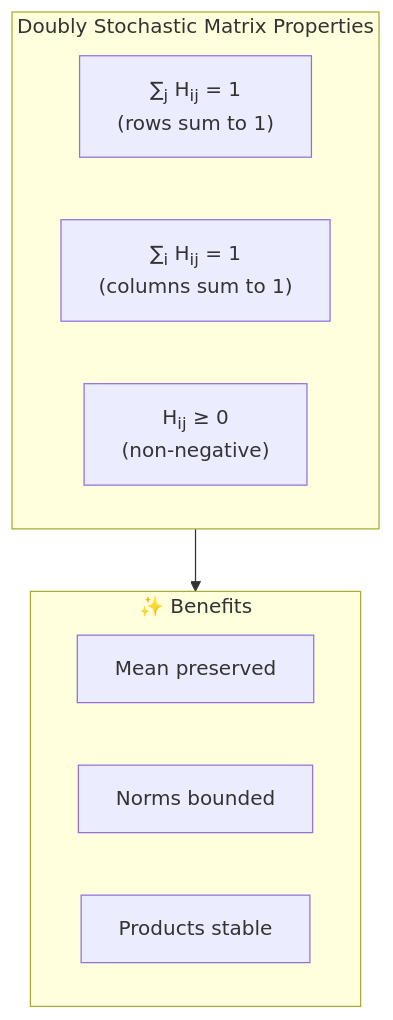
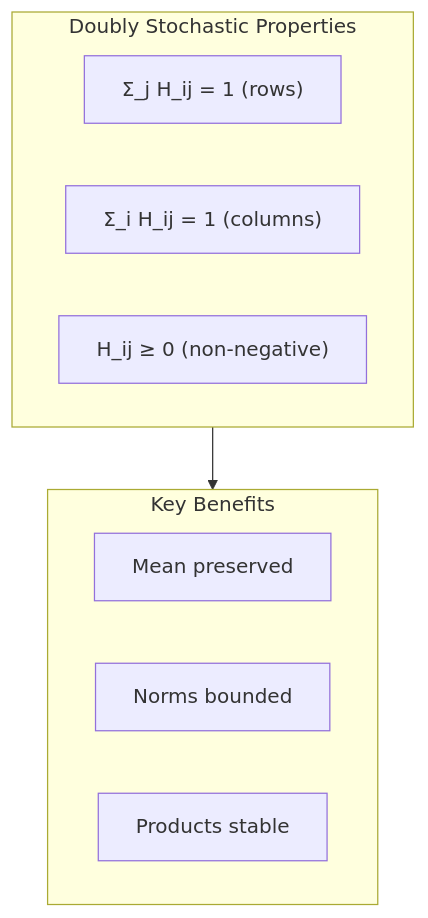
The fourth of 9 diagrams in _posts/2026-01-06-manifold-constrained-hyper-connections.md (sandeeppandey456/sandeeppandey456.github.io), drawn with Mermaid before and after one commit. The commit also changed other lines of this file and 1 other file, not shown here.

```diff
--- a/_posts/2026-01-06-manifold-constrained-hyper-connections.md
+++ b/_posts/2026-01-06-manifold-constrained-hyper-connections.md
@@ -324,16 +246,16 @@
-<div class="mermaid">
+<pre class="mermaid">
 graph TB
-    subgraph DS["Doubly Stochastic Matrix Properties"]
-        P1["∑<sub>j</sub> H<sub>ij</sub> = 1<br/>(rows sum to 1)"]
-        P2["∑<sub>i</sub> H<sub>ij</sub> = 1<br/>(columns sum to 1)"]
-        P3["H<sub>ij</sub> ≥ 0<br/>(non-negative)"]
+    subgraph Properties["Doubly Stochastic Properties"]
+        P1["Σ_j H_ij = 1 (rows)"]
+        P2["Σ_i H_ij = 1 (columns)"]
+        P3["H_ij ≥ 0 (non-negative)"]
     end
     
-    subgraph Benefits["✨ Benefits"]
+    subgraph Benefits["Key Benefits"]
         B1["Mean preserved"]
         B2["Norms bounded"]
         B3["Products stable"]
     end
     
-    DS --> Benefits
-</div>
+    Properties --> Benefits
+</pre>
```
